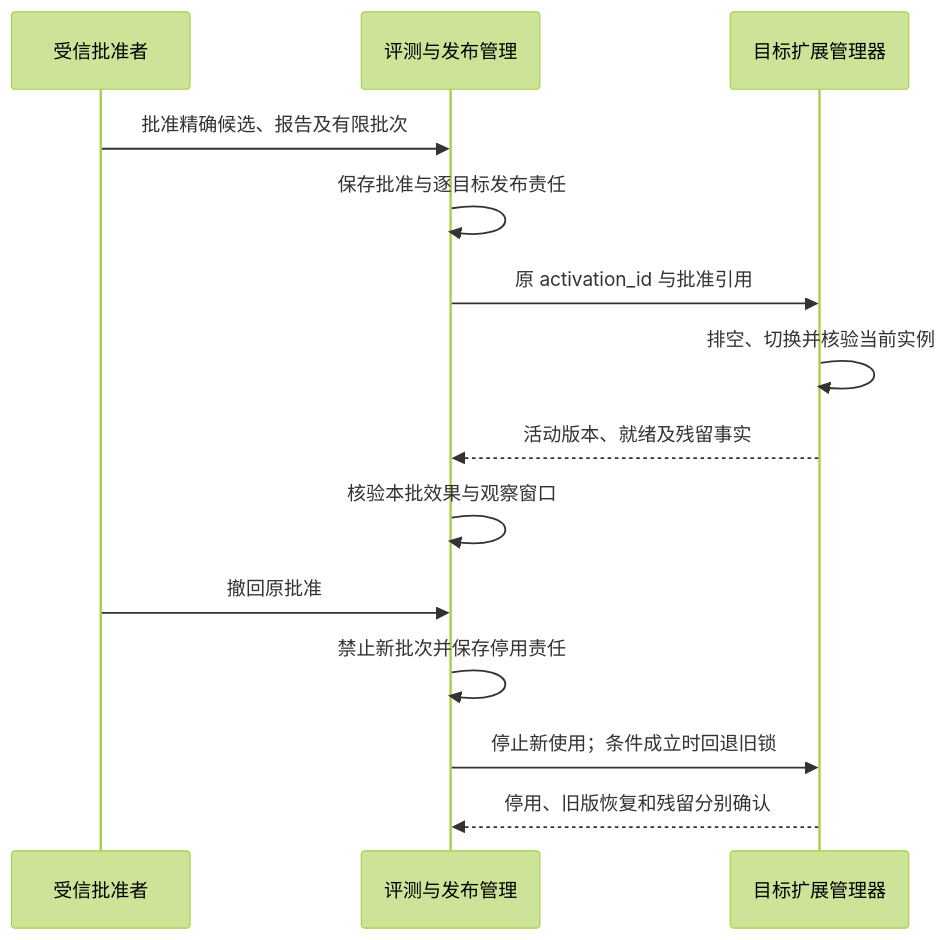
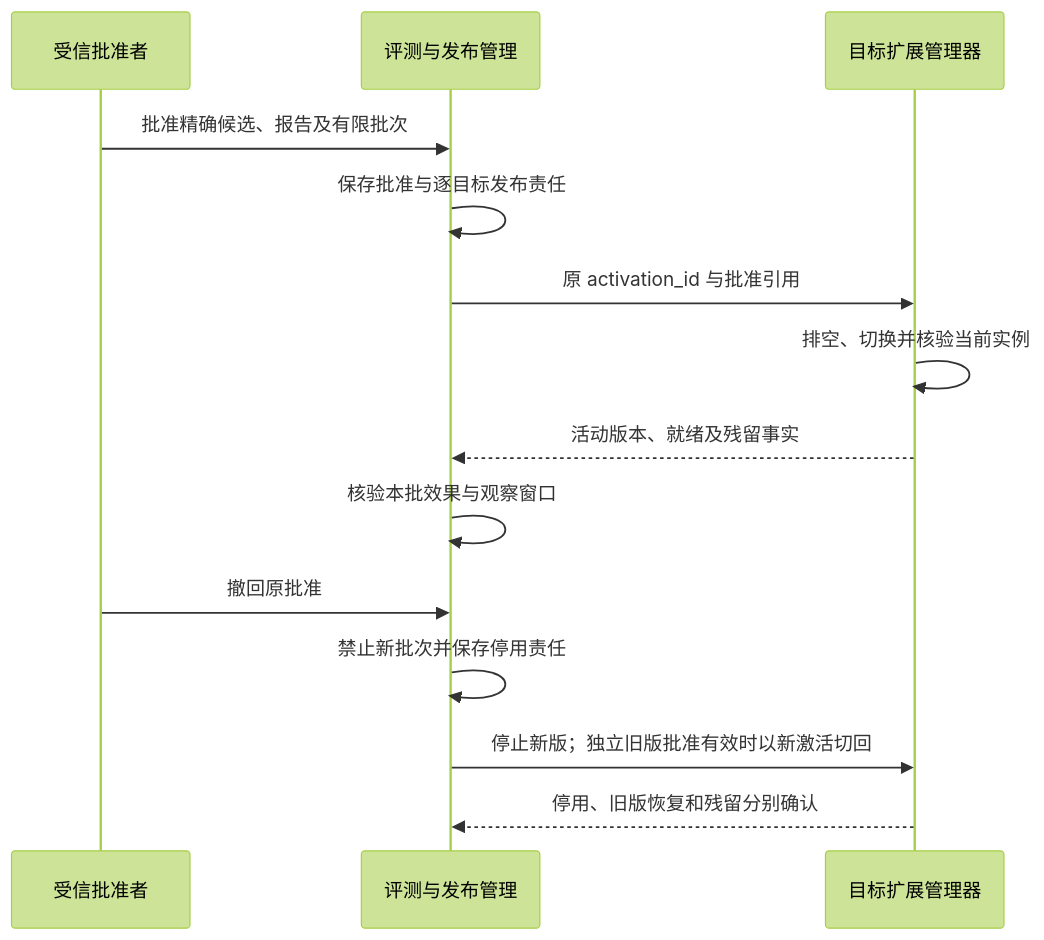
The second of 2 diagrams in docs/architecture/evaluation/README.md (ruipengliu/lerna), drawn with Mermaid (forest theme) before and after one commit. The commit also changed other lines of this file and 83 other files, not shown here.

Commit message:
docs: refine architecture design and verification contracts

````diff
--- a/docs/architecture/evaluation/README.md
+++ b/docs/architecture/evaluation/README.md
@@ -117,16 +119,16 @@
 ```mermaid
 sequenceDiagram
     participant U as 受信批准者
     participant P as 评测与发布管理
     participant X as 目标扩展管理器
     U->>P: 批准精确候选、报告及有限批次
     P->>P: 保存批准与逐目标发布责任
     P->>X: 原 activation_id 与批准引用
     X->>X: 排空、切换并核验当前实例
     X-->>P: 活动版本、就绪及残留事实
     P->>P: 核验本批效果与观察窗口
     U->>P: 撤回原批准
     P->>P: 禁止新批次并保存停用责任
-    P->>X: 停止新使用；条件成立时回退旧锁
+    P->>X: 停止新版；独立旧版批准有效时以新激活切回
     X-->>P: 停用、旧版恢复和残留分别确认
 ```
````
